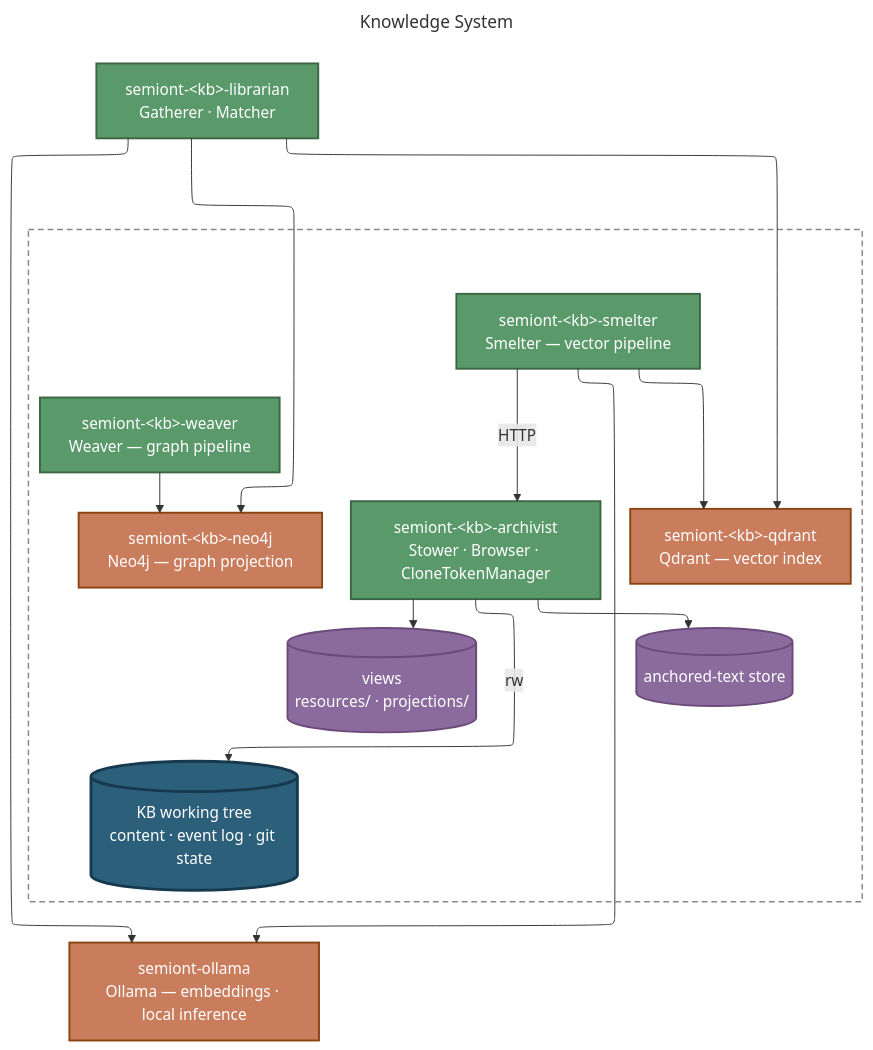
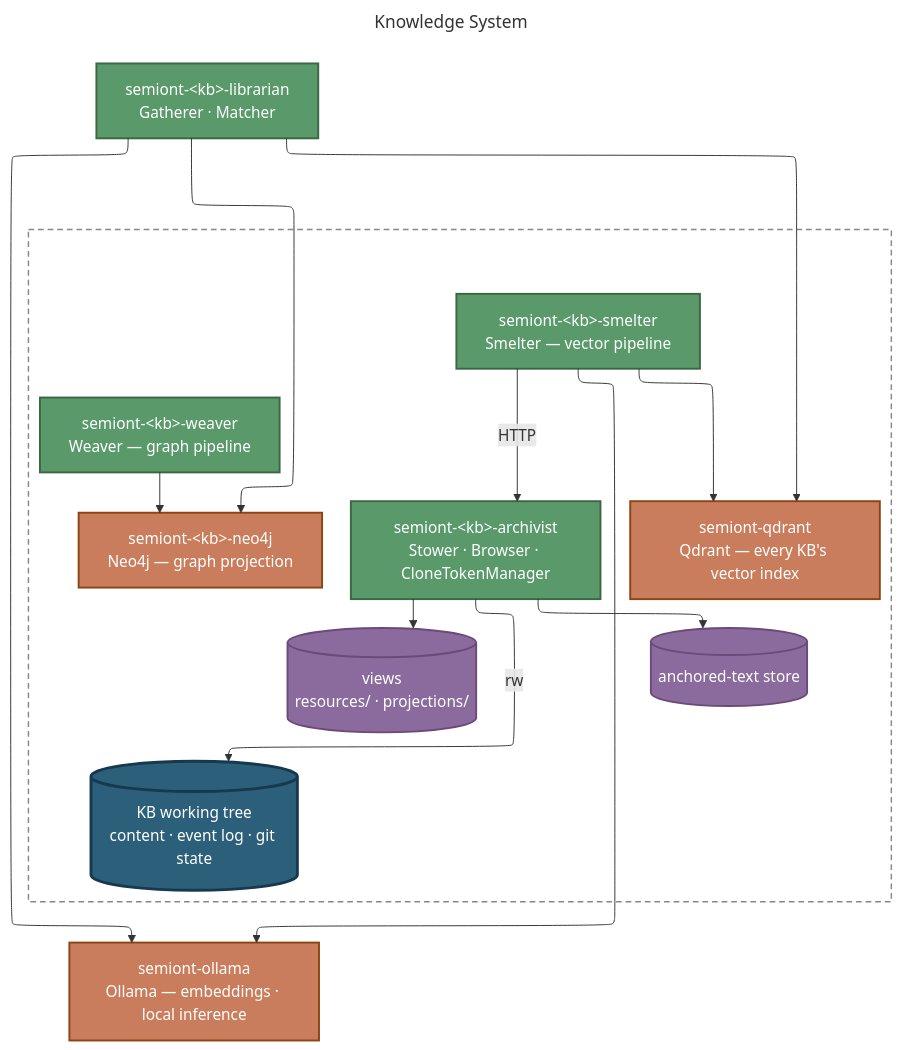
The diagram in docs/architecture/KNOWLEDGE-SYSTEM.md (The-AI-Alliance/semiont), drawn with Mermaid before and after one commit. The commit also changed 75 other files, not shown here.

````diff
--- a/docs/architecture/KNOWLEDGE-SYSTEM.md
+++ b/docs/architecture/KNOWLEDGE-SYSTEM.md
@@ -25,54 +25,54 @@
 ```mermaid
 ---
 title: Knowledge System
 config:
   layout: elk
 ---
 graph TB
     LIB["semiont-&lt;kb&gt;-librarian<br/>Gatherer · Matcher"]
 
     subgraph G2 [" "]
         SMELT["semiont-&lt;kb&gt;-smelter<br/>Smelter — vector pipeline"]
         WEAVE["semiont-&lt;kb&gt;-weaver<br/>Weaver — graph pipeline"]
         ARCH["semiont-&lt;kb&gt;-archivist<br/>Stower · Browser · CloneTokenManager"]
-        QD["semiont-&lt;kb&gt;-qdrant<br/>Qdrant — vector index"]
+        QD["semiont-qdrant<br/>Qdrant — every KB's vector index"]
         NEO["semiont-&lt;kb&gt;-neo4j<br/>Neo4j — graph projection"]
         ANCH[("anchored-text store")]
         VIEWS[("views<br/>resources/ · projections/")]
         TREE[("KB working tree<br/>content · event log · git state")]
     end
 
     OL["semiont-ollama<br/>Ollama — embeddings · local inference"]
 
     ARCH -->|rw| TREE
     ARCH --> VIEWS
     ARCH --> ANCH
     SMELT -->|HTTP| ARCH
 
     WEAVE --> NEO
     LIB --> NEO
     SMELT --> QD
     LIB --> QD
     SMELT --> OL
     LIB --> OL
 
     classDef svc fill:#5a9a6a,stroke:#3d6644,stroke-width:2px,color:#fff
     classDef infra fill:#c97d5d,stroke:#8b4513,stroke-width:2px,color:#fff
     classDef store fill:#8b6b9d,stroke:#6b4a7a,stroke-width:2px,color:#fff
     classDef record fill:#2c5f7a,stroke:#16394f,stroke-width:3px,color:#fff
 
     class LIB,SMELT,WEAVE,ARCH svc
     class QD,NEO,OL infra
     class ANCH,VIEWS store
     class TREE record
 
     LIB ~~~ SMELT
     LIB ~~~ WEAVE
     LIB ~~~ ARCH
     TREE ~~~ OL
     NEO ~~~ TREE
     NEO ~~~ VIEWS
     QD ~~~ ANCH
 
     style G2 fill:none,stroke:#888,stroke-width:1.5px,stroke-dasharray:6 4
 ```
````
